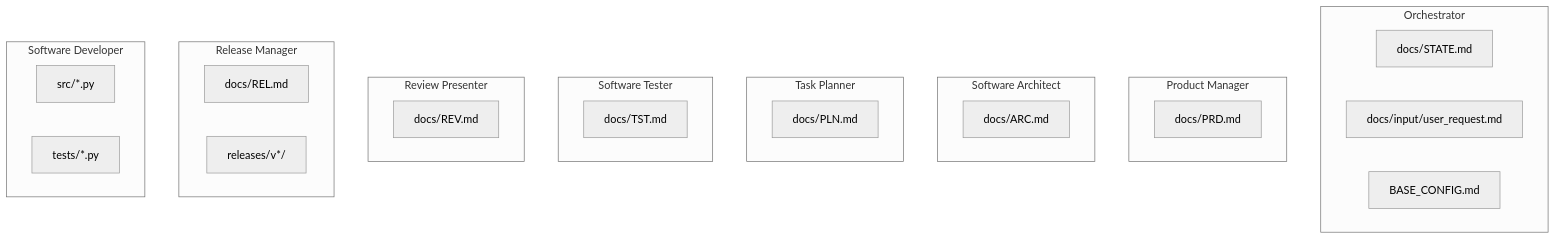
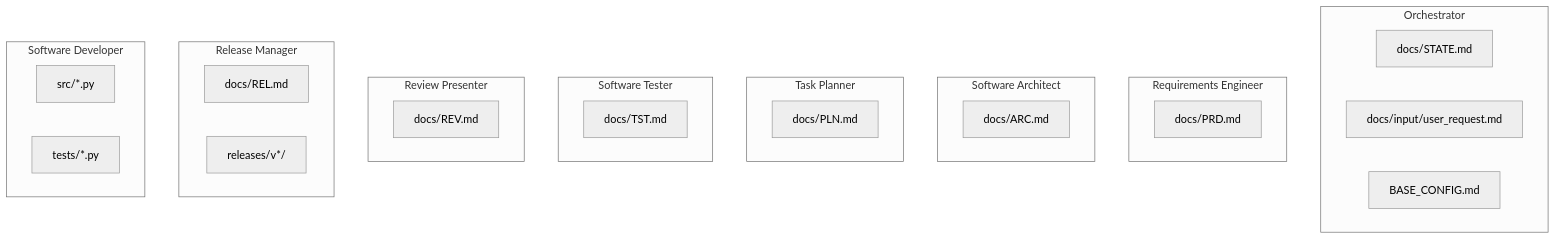
Before and after one commit to Betatester777/devloop: the sixth of 6 diagrams in README.md, drawn with Mermaid (neutral theme). The commit also changed other lines of this file and 49 other files, not shown here.

````diff
--- a/README.md
+++ b/README.md
@@ -255,38 +255,38 @@
 ```mermaid
 graph TD
     subgraph Orchestrator
         STATE["docs/STATE.md"]
         INPUT["docs/input/user_request.md"]
         BASE["BASE_CONFIG.md"]
     end
 
-    subgraph "Product Manager"
+    subgraph "Requirements Engineer"
         PRD["docs/PRD.md"]
     end
 
     subgraph "Software Architect"
         ARC["docs/ARC.md"]
     end
 
     subgraph "Task Planner"
         PLN["docs/PLN.md"]
     end
 
     subgraph "Software Tester"
         TST["docs/TST.md"]
     end
 
     subgraph "Review Presenter"
         REV["docs/REV.md"]
     end
 
     subgraph "Release Manager"
         REL["docs/REL.md"]
         ZIP["releases/v*/"]
     end
 
     subgraph "Software Developer"
         SRC["src/*.py"]
         TEST["tests/*.py"]
     end
 ```
````
